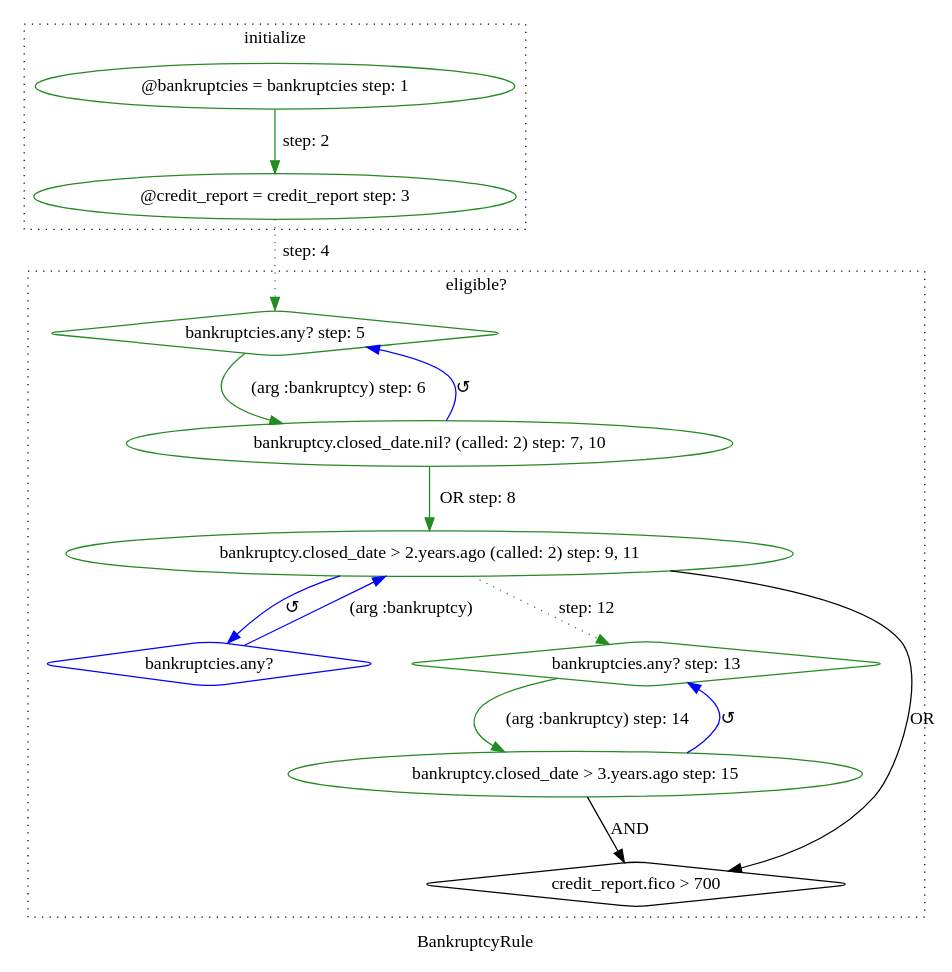
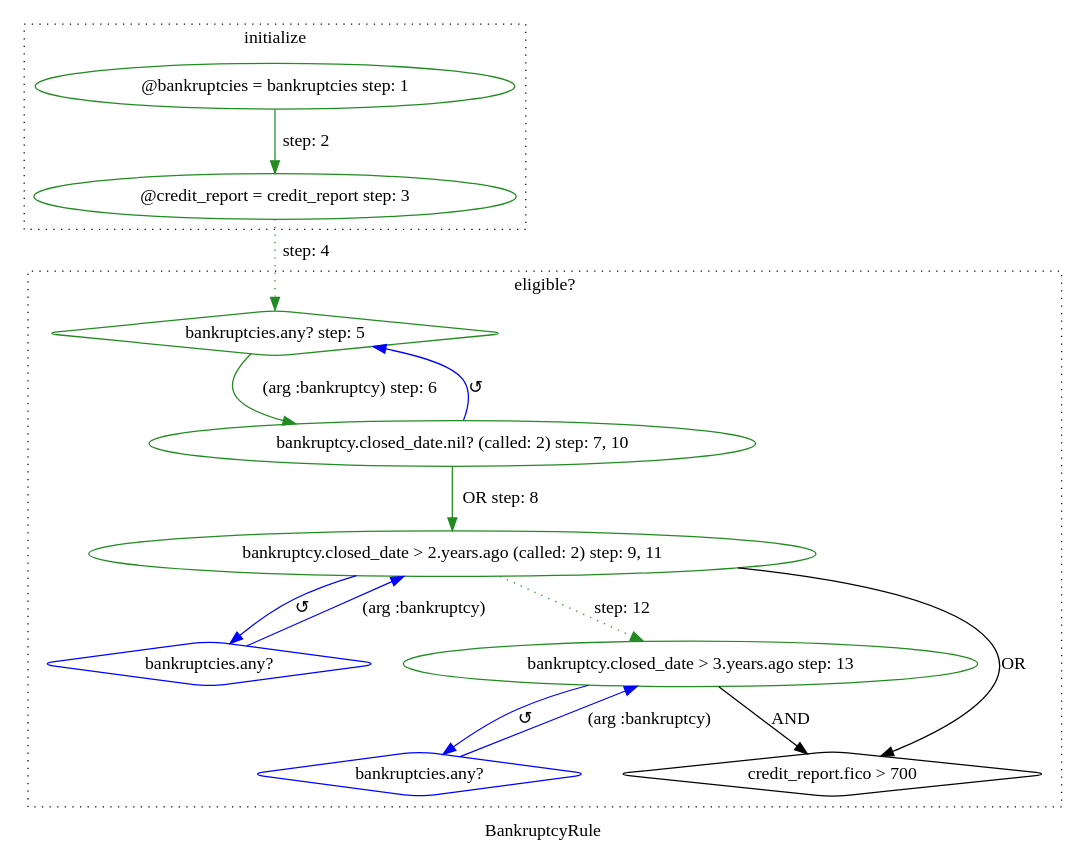
One commit to zeisler/visualize_ruby changed the diagram in spec/examples/bankruptcy_rule.dot. Above: the diagram before and after it, drawn with Graphviz. The commit also changed 22 other files, not shown here.

```diff
--- a/spec/examples/bankruptcy_rule.dot
+++ b/spec/examples/bankruptcy_rule.dot
@@ -1,32 +1,32 @@
 digraph G {
 	label="BankruptcyRule";
 	subgraph "cluster_0" {
 		label="eligible?";
 		style=dotted;
-		"bankruptcies.any? L7"[shape=diamond, style=rounded, label="bankruptcies.any? step: 5", color=forestgreen];
-		"bankruptcy.closed_date.nil? L8"[shape=ellipse, style=rounded, label="bankruptcy.closed_date.nil? (called: 2) step: 7, 10", color=forestgreen];
-		"bankruptcies.any? L9"[shape=diamond, style=rounded, label="bankruptcies.any?", color="blue"];
-		"bankruptcy.closed_date > 2.years.ago L10"[shape=ellipse, style=rounded, label="bankruptcy.closed_date > 2.years.ago (called: 2) step: 9, 11", color=forestgreen];
-		"bankruptcies.any? L11"[shape=diamond, style=rounded, label="bankruptcies.any? step: 13", color=forestgreen];
-		"bankruptcy.closed_date > 3.years.ago L12"[shape=ellipse, style=rounded, label="bankruptcy.closed_date > 3.years.ago step: 15", color=forestgreen];
-		"credit_report.fico > 700 L13"[shape=diamond, style=rounded, label="credit_report.fico > 700"];
-		"bankruptcies.any? L7" -> "bankruptcy.closed_date.nil? L8"[label="(arg :bankruptcy) step: 6", dir=forward, color=forestgreen];
-		"bankruptcy.closed_date.nil? L8" -> "bankruptcies.any? L7"[label="↺", dir=forward, color="blue"];
-		"bankruptcies.any? L9" -> "bankruptcy.closed_date > 2.years.ago L10"[label="(arg :bankruptcy)", dir=forward, color="blue"];
-		"bankruptcy.closed_date > 2.years.ago L10" -> "bankruptcies.any? L9"[label="↺", dir=forward, color="blue"];
-		"bankruptcy.closed_date.nil? L8" -> "bankruptcy.closed_date > 2.years.ago L10"[label="OR step: 8", dir=forward, color=forestgreen];
-		"bankruptcies.any? L11" -> "bankruptcy.closed_date > 3.years.ago L12"[label="(arg :bankruptcy) step: 14", dir=forward, color=forestgreen];
-		"bankruptcy.closed_date > 3.years.ago L12" -> "bankruptcies.any? L11"[label="↺", dir=forward, color="blue"];
-		"bankruptcy.closed_date > 3.years.ago L12" -> "credit_report.fico > 700 L13"[label="AND", dir=forward];
-		"bankruptcy.closed_date > 2.years.ago L10" -> "credit_report.fico > 700 L13"[label="OR", dir=forward];
-		"bankruptcy.closed_date > 2.years.ago L10" -> "bankruptcies.any? L11"[label="step: 12", dir=forward, style=dotted, color=forestgreen];
+		"bankruptcies.any? L8"[shape=diamond, style=rounded, label="bankruptcies.any? step: 5", color=forestgreen];
+		"bankruptcy.closed_date.nil? L9"[shape=ellipse, style=rounded, label="bankruptcy.closed_date.nil? (called: 2) step: 7, 10", color=forestgreen];
+		"bankruptcies.any? L10"[shape=diamond, style=rounded, label="bankruptcies.any?", color="blue"];
+		"bankruptcy.closed_date > 2.years.ago L11"[shape=ellipse, style=rounded, label="bankruptcy.closed_date > 2.years.ago (called: 2) step: 9, 11", color=forestgreen];
+		"bankruptcies.any? L12"[shape=diamond, style=rounded, label="bankruptcies.any?", color="blue"];
+		"bankruptcy.closed_date > 3.years.ago L13"[shape=ellipse, style=rounded, label="bankruptcy.closed_date > 3.years.ago step: 13", color=forestgreen];
+		"credit_report.fico > 700 L14"[shape=diamond, style=rounded, label="credit_report.fico > 700"];
+		"bankruptcies.any? L8" -> "bankruptcy.closed_date.nil? L9"[label="(arg :bankruptcy) step: 6", dir=forward, color=forestgreen];
+		"bankruptcy.closed_date.nil? L9" -> "bankruptcies.any? L8"[label="↺", dir=forward, color="blue"];
+		"bankruptcies.any? L10" -> "bankruptcy.closed_date > 2.years.ago L11"[label="(arg :bankruptcy)", dir=forward, color="blue"];
+		"bankruptcy.closed_date > 2.years.ago L11" -> "bankruptcies.any? L10"[label="↺", dir=forward, color="blue"];
+		"bankruptcy.closed_date.nil? L9" -> "bankruptcy.closed_date > 2.years.ago L11"[label="OR step: 8", dir=forward, color=forestgreen];
+		"bankruptcies.any? L12" -> "bankruptcy.closed_date > 3.years.ago L13"[label="(arg :bankruptcy)", dir=forward, color="blue"];
+		"bankruptcy.closed_date > 3.years.ago L13" -> "bankruptcies.any? L12"[label="↺", dir=forward, color="blue"];
+		"bankruptcy.closed_date > 3.years.ago L13" -> "credit_report.fico > 700 L14"[label="AND", dir=forward];
+		"bankruptcy.closed_date > 2.years.ago L11" -> "credit_report.fico > 700 L14"[label="OR", dir=forward];
+		"bankruptcy.closed_date > 2.years.ago L11" -> "bankruptcy.closed_date > 3.years.ago L13"[label="step: 12", dir=forward, style=dotted, color=forestgreen];
 	}
 	subgraph "cluster_1" {
 		label="initialize";
 		style=dotted;
 		"@bankruptcies = bankruptcies L3"[shape=ellipse, style=rounded, label="@bankruptcies = bankruptcies step: 1", color=forestgreen];
 		"@credit_report = credit_report L4"[shape=ellipse, style=rounded, label="@credit_report = credit_report step: 3", color=forestgreen];
 		"@bankruptcies = bankruptcies L3" -> "@credit_report = credit_report L4"[label="step: 2", dir=forward, color=forestgreen];
-		"@credit_report = credit_report L4" -> "bankruptcies.any? L7"[label="step: 4", dir=forward, style=dotted, color=forestgreen];
+		"@credit_report = credit_report L4" -> "bankruptcies.any? L8"[label="step: 4", dir=forward, style=dotted, color=forestgreen];
 	}
 }
```
